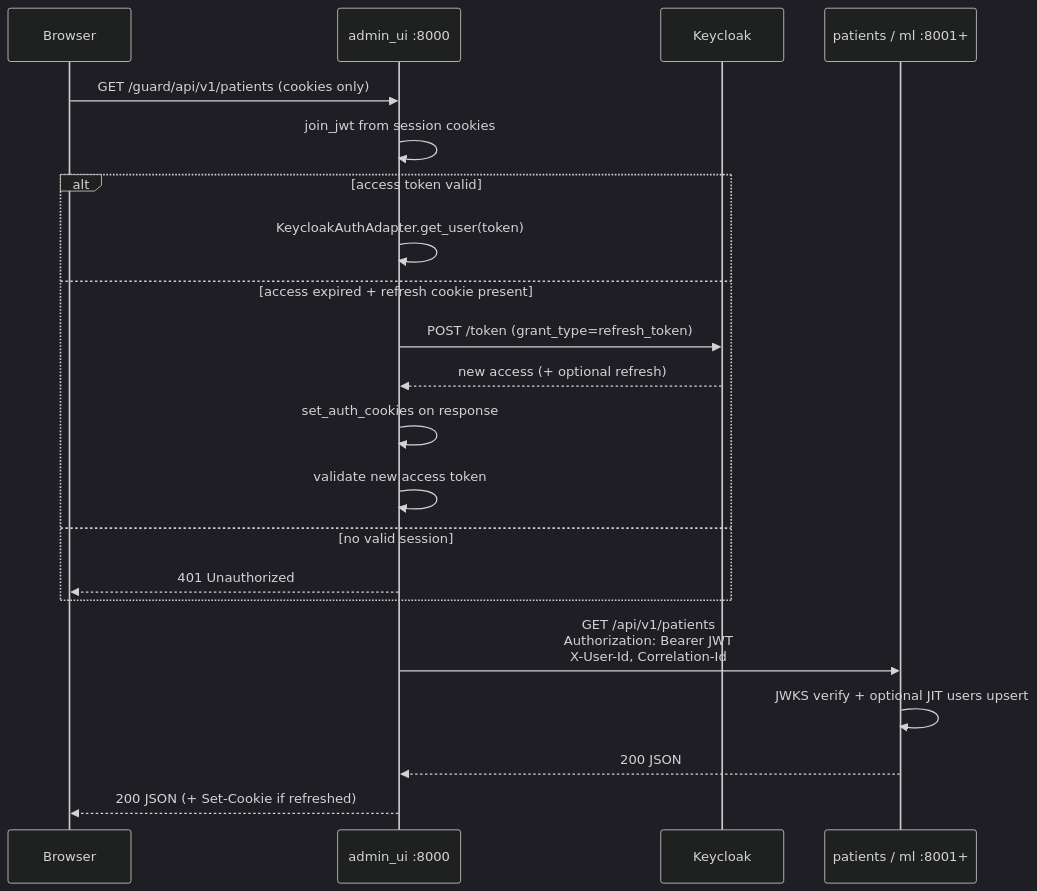
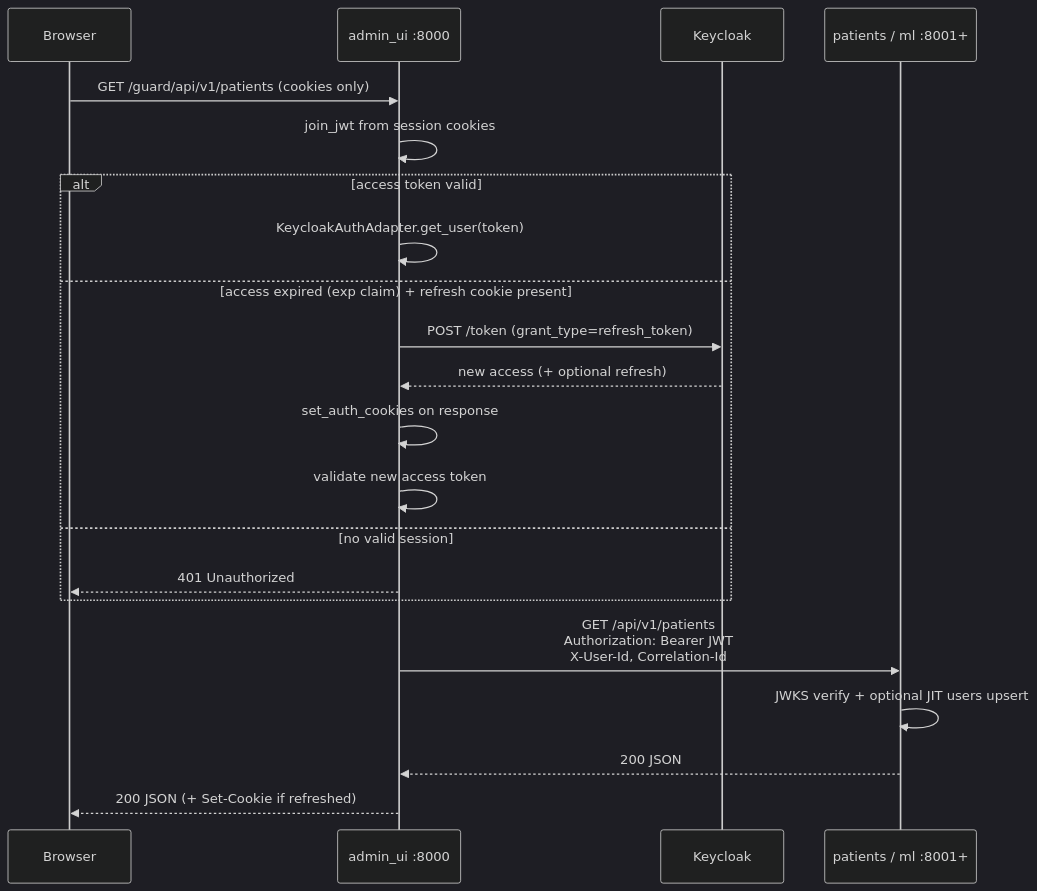
Before and after one commit to neurojihad/neuroatlas-ai: the fourth of 7 diagrams in docs/diagrams/auth-admin-ui-cookie-request-flow.md, drawn with Mermaid (dark theme). The commit also changed other lines of this file and 11 other files, not shown here.

````diff
--- a/docs/diagrams/auth-admin-ui-cookie-request-flow.md
+++ b/docs/diagrams/auth-admin-ui-cookie-request-flow.md
@@ -118,24 +120,24 @@
 ```mermaid
 sequenceDiagram
     participant B as Browser
     participant UI as admin_ui :8000
     participant KC as Keycloak
     participant API as patients / ml :8001+
 
     B->>UI: GET /guard/api/v1/patients (cookies only)
     UI->>UI: join_jwt from session cookies
-  alt access token valid
+    alt access token valid
         UI->>UI: KeycloakAuthAdapter.get_user(token)
-    else access expired + refresh cookie present
+    else access expired (exp claim) + refresh cookie present
         UI->>KC: POST /token (grant_type=refresh_token)
         KC-->>UI: new access (+ optional refresh)
         UI->>UI: set_auth_cookies on response
         UI->>UI: validate new access token
     else no valid session
         UI-->>B: 401 Unauthorized
     end
     UI->>API: GET /api/v1/patients<br/>Authorization: Bearer JWT<br/>X-User-Id, Correlation-Id
     API->>API: JWKS verify + optional JIT users upsert
     API-->>UI: 200 JSON
     UI-->>B: 200 JSON (+ Set-Cookie if refreshed)
 ```
````
